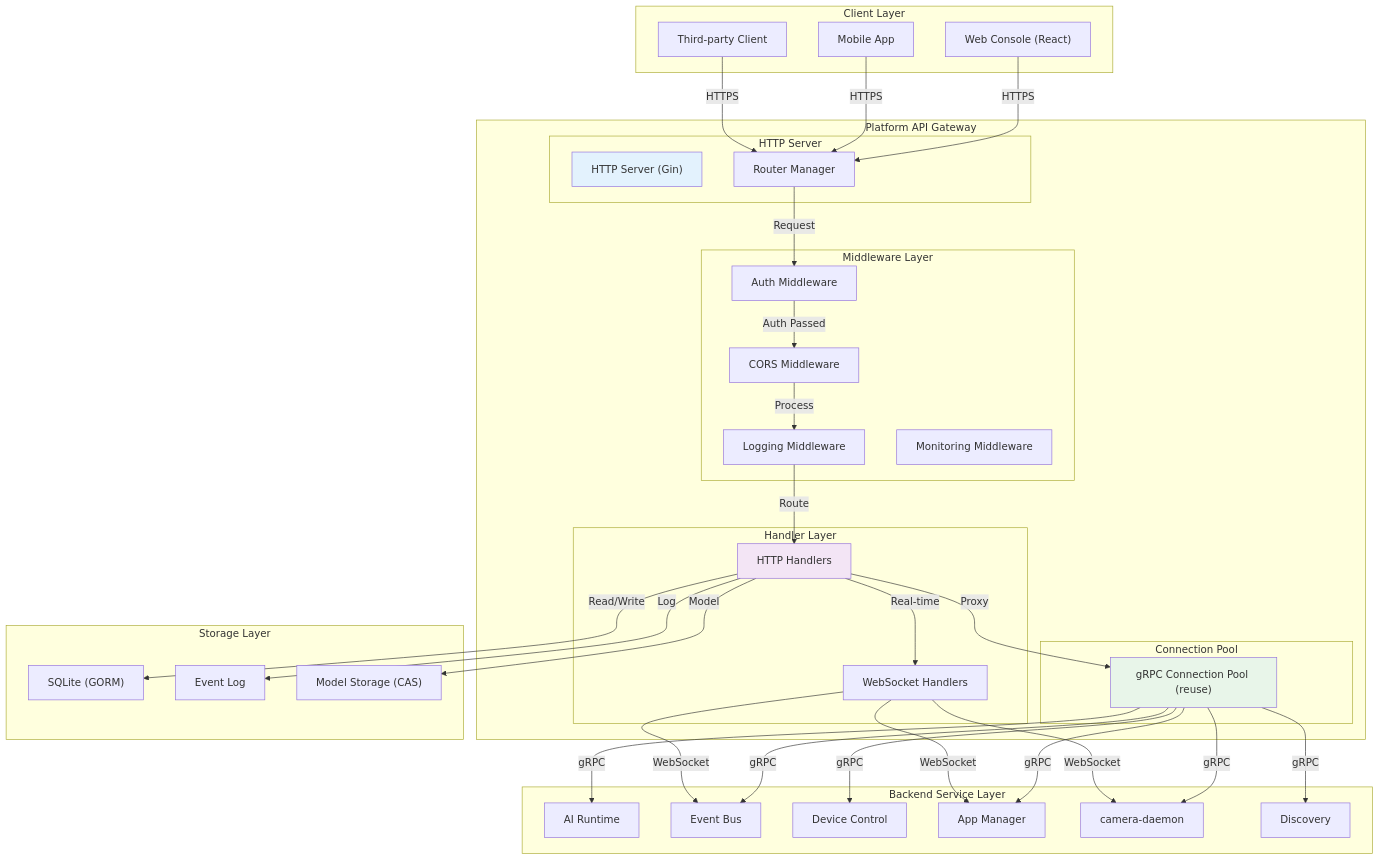
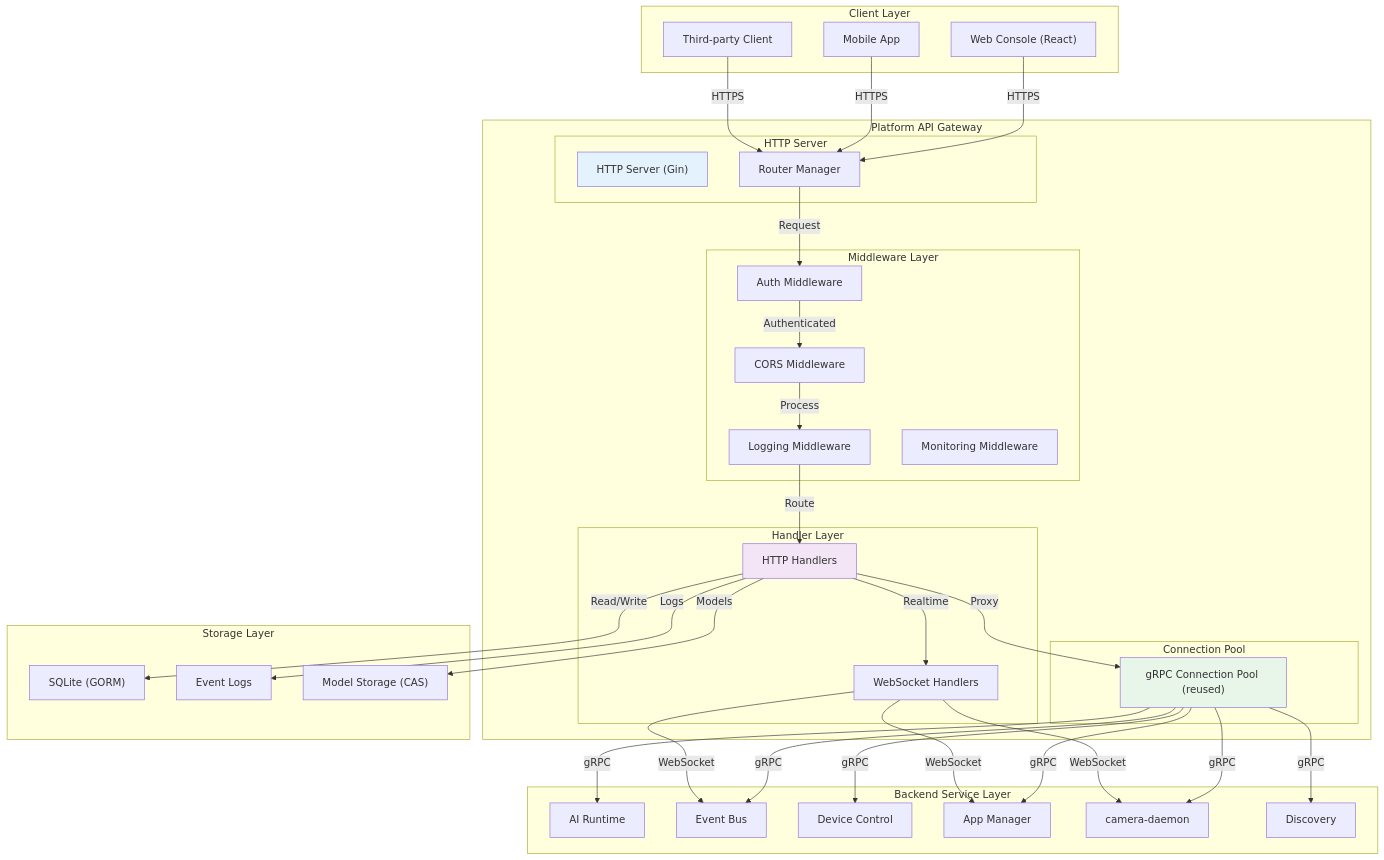
The diagram in i18n/en/docusaurus-plugin-content-docs/current/6-neoeyes-ne503-series/4-application-guide/2-3rd-party-integration/0-restful-api.md (luommy/wiki-documents), drawn with Mermaid before and after one commit. The commit also changed other lines of this file and 5 other files, not shown here.

````diff
--- a/i18n/en/docusaurus-plugin-content-docs/current/6-neoeyes-ne503-series/4-application-guide/2-3rd-party-integration/0-restful-api.md
+++ b/i18n/en/docusaurus-plugin-content-docs/current/6-neoeyes-ne503-series/4-application-guide/2-3rd-party-integration/0-restful-api.md
@@ -11,76 +11,76 @@
 ```mermaid
 graph TB
     subgraph "Client Layer"
         WC["Web Console (React)"]
         M["Mobile App"]
         T["Third-party Client"]
     end
 
     subgraph "Platform API Gateway"
         subgraph "HTTP Server"
             HS["HTTP Server (Gin)"]
             RM["Router Manager"]
         end
 
         subgraph "Middleware Layer"
             AM["Auth Middleware"]
             CM["CORS Middleware"]
             LM["Logging Middleware"]
             MM["Monitoring Middleware"]
         end
 
         subgraph "Handler Layer"
             MH["HTTP Handlers"]
             WS["WebSocket Handlers"]
         end
 
         subgraph "Connection Pool"
-            GC["gRPC Connection Pool (reuse)"]
+            GC["gRPC Connection Pool (reused)"]
         end
     end
 
     subgraph "Backend Service Layer"
         AIR["AI Runtime"]
         EB["Event Bus"]
         DC["Device Control"]
         AMG["App Manager"]
         CC["camera-daemon"]
         DIS["Discovery"]
     end
 
     subgraph "Storage Layer"
         DB["SQLite (GORM)"]
-        ES["Event Log"]
+        ES["Event Logs"]
         MS["Model Storage (CAS)"]
     end
 
     WC -->|HTTPS| RM
     M -->|HTTPS| RM
     T -->|HTTPS| RM
 
     RM -->|Request| AM
-    AM -->|Auth Passed| CM
+    AM -->|Authenticated| CM
     CM -->|Process| LM
     LM -->|Route| MH
     MH -->|Proxy| GC
-    MH -->|Real-time| WS
+    MH -->|Realtime| WS
 
     GC -->|gRPC| AIR
     GC -->|gRPC| EB
     GC -->|gRPC| DC
     GC -->|gRPC| AMG
     GC -->|gRPC| CC
     GC -->|gRPC| DIS
 
     MH -->|Read/Write| DB
-    MH -->|Log| ES
-    MH -->|Model| MS
+    MH -->|Logs| ES
+    MH -->|Models| MS
 
     WS -->|WebSocket| EB
     WS -->|WebSocket| CC
     WS -->|WebSocket| AMG
 
     style HS fill:#e3f2fd
     style GC fill:#e8f5e9
     style MH fill:#f3e5f5
 ```
````
